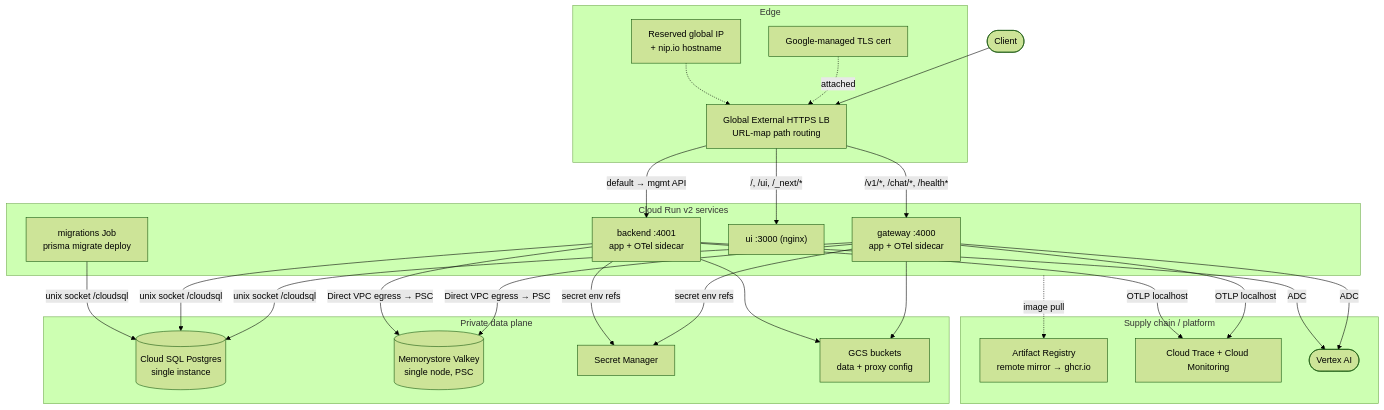
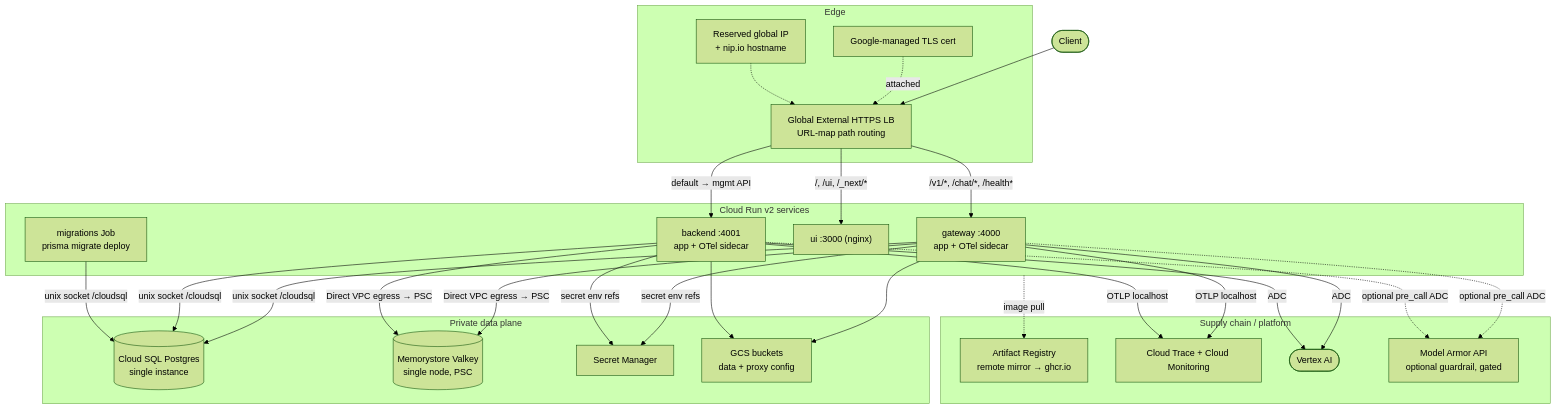
One commit to carlosmscabral/gcp-llm-gateway changed the second of 11 diagrams in docs/ARCHITECTURE.md. Above: the diagram before and after it, drawn with Mermaid (forest theme). The commit also changed other lines of this file, not shown here.

First line of the commit message:
docs(architecture): show Model Armor in the diagrams, not just prose

````diff
--- a/docs/ARCHITECTURE.md
+++ b/docs/ARCHITECTURE.md
@@ -43,46 +43,48 @@
 ```mermaid
 flowchart TB
   client([Client])
 
   subgraph edge[Edge]
     ip[Reserved global IP<br/>+ nip.io hostname]
     cert[Google-managed TLS cert]
     lb[Global External HTTPS LB<br/>URL-map path routing]
   end
 
   subgraph run[Cloud Run v2 services]
     gw["gateway :4000<br/>app + OTel sidecar"]
     be["backend :4001<br/>app + OTel sidecar"]
     ui["ui :3000 (nginx)"]
     job["migrations Job<br/>prisma migrate deploy"]
   end
 
   subgraph data[Private data plane]
     sql[("Cloud SQL Postgres<br/>single instance")]
     valkey[("Memorystore Valkey<br/>single node, PSC")]
     sm[Secret Manager]
     gcs[GCS buckets<br/>data + proxy config]
   end
 
   subgraph supply[Supply chain / platform]
     ar[Artifact Registry<br/>remote mirror → ghcr.io]
     obs[Cloud Trace + Cloud Monitoring]
     vertex([Vertex AI])
+    ma[Model Armor API<br/>optional guardrail, gated]
   end
 
   client --> lb
   cert -.attached.-> lb
   ip -.-> lb
   lb -->|/v1/*, /chat/*, /health*| gw
   lb -->|default → mgmt API| be
   lb -->|/, /ui, /_next/*| ui
 
   gw & be -->|unix socket /cloudsql| sql
   gw & be -->|Direct VPC egress → PSC| valkey
   gw & be -->|secret env refs| sm
   gw & be --> gcs
   gw & be -->|OTLP localhost| obs
   gw & be -->|ADC| vertex
+  gw & be -.optional pre_call ADC.-> ma
   job -->|unix socket /cloudsql| sql
   run -.image pull.-> ar
 ```
````
